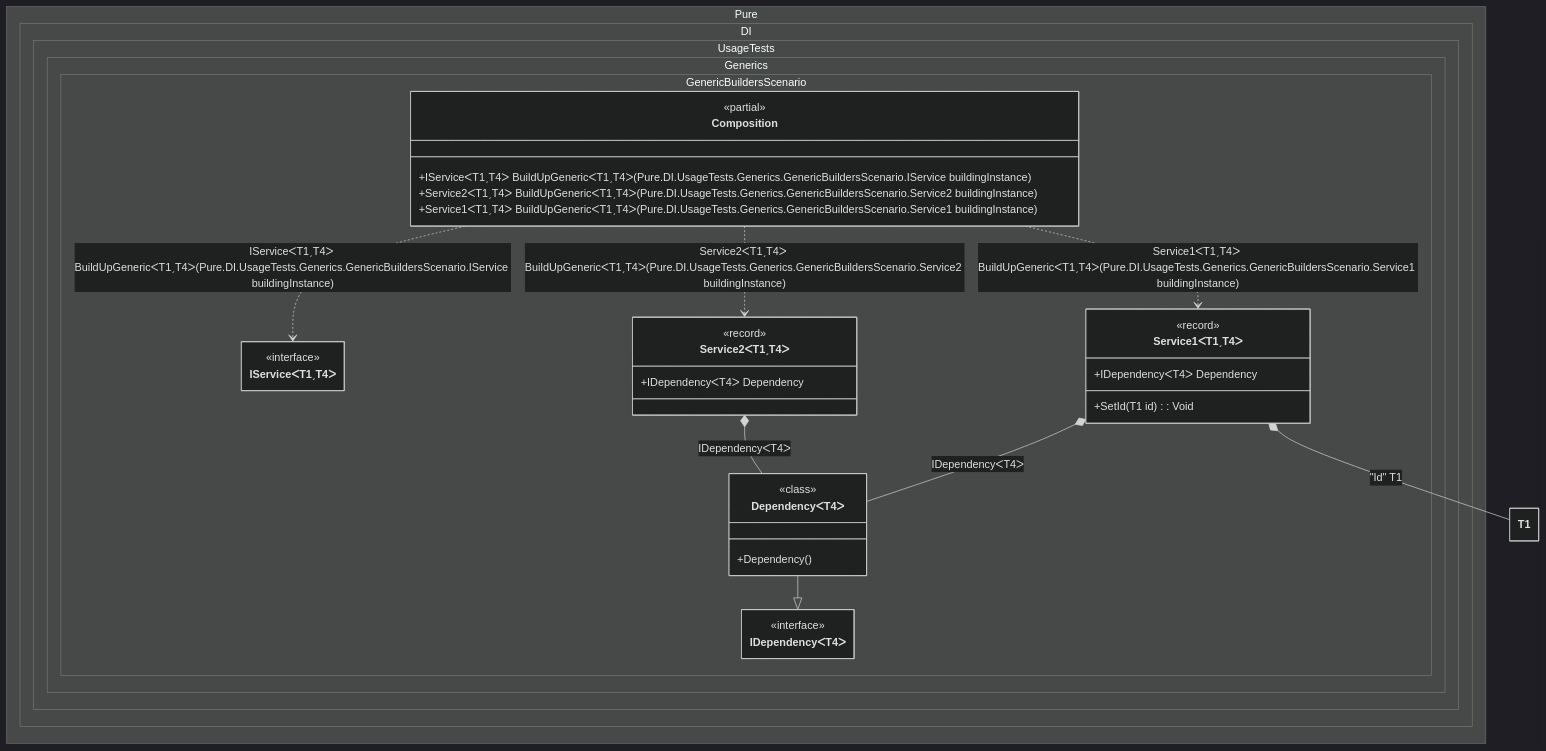
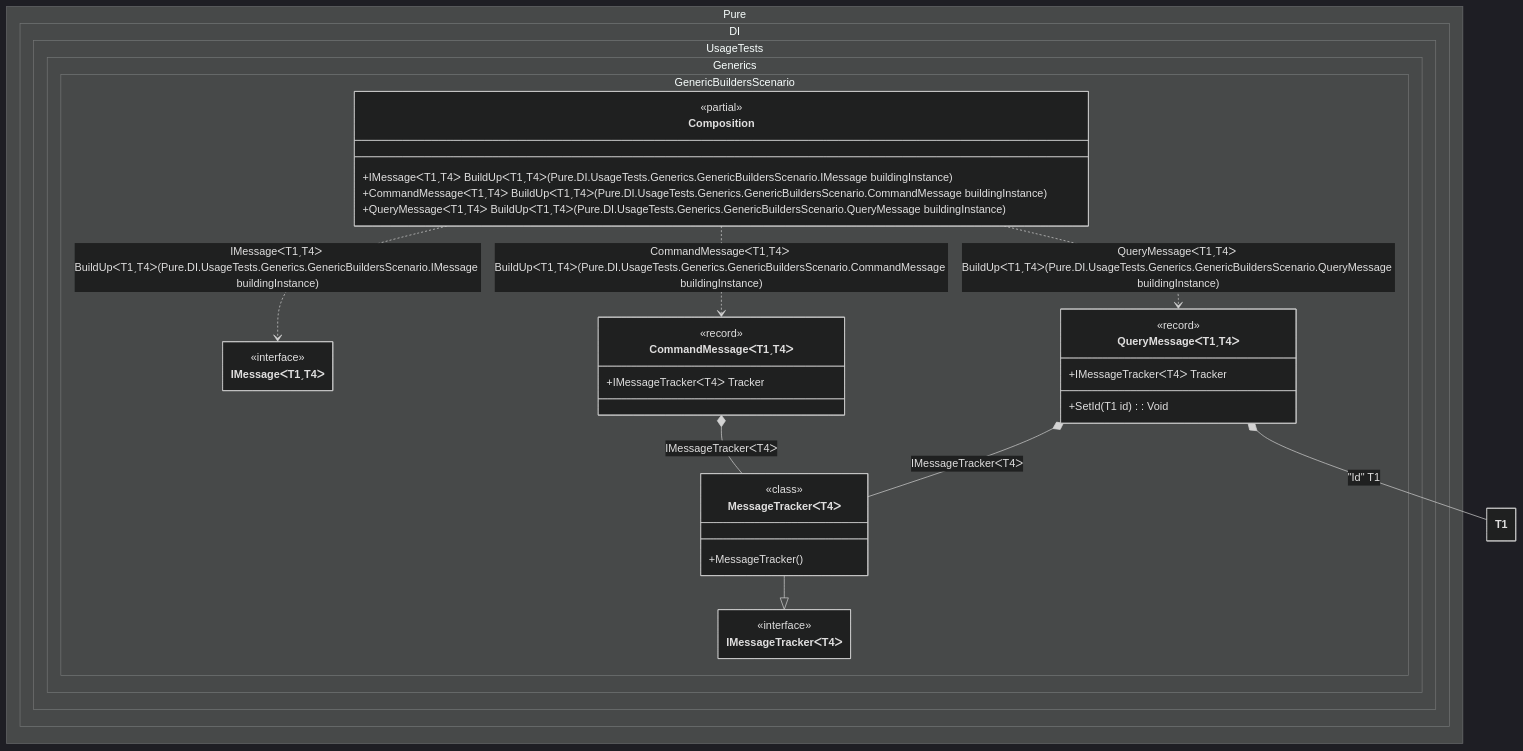
Before and after one commit to DevTeam/Pure.DI: the diagram in readme/generic-builders.md, drawn with Mermaid (dark theme). The commit also changed other lines of this file and 126 other files, not shown here.

````diff
--- a/readme/generic-builders.md
+++ b/readme/generic-builders.md
@@ -180,44 +192,44 @@
 ```mermaid
 ---
  config:
   maxTextSize: 2147483647
   maxEdges: 2147483647
   class:
    hideEmptyMembersBox: true
 ---
 classDiagram
-	DependencyᐸT4ᐳ --|> IDependencyᐸT4ᐳ
-	Composition ..> IServiceᐸT1ˏT4ᐳ : IServiceᐸT1ˏT4ᐳ BuildUpGenericᐸT1ˏT4ᐳ(Pure.DI.UsageTests.Generics.GenericBuildersScenario.IService<T1, T4> buildingInstance)
-	Composition ..> Service2ᐸT1ˏT4ᐳ : Service2ᐸT1ˏT4ᐳ BuildUpGenericᐸT1ˏT4ᐳ(Pure.DI.UsageTests.Generics.GenericBuildersScenario.Service2<T1, T4> buildingInstance)
-	Composition ..> Service1ᐸT1ˏT4ᐳ : Service1ᐸT1ˏT4ᐳ BuildUpGenericᐸT1ˏT4ᐳ(Pure.DI.UsageTests.Generics.GenericBuildersScenario.Service1<T1, T4> buildingInstance)
-	Service2ᐸT1ˏT4ᐳ *--  DependencyᐸT4ᐳ : IDependencyᐸT4ᐳ
-	Service1ᐸT1ˏT4ᐳ *--  DependencyᐸT4ᐳ : IDependencyᐸT4ᐳ
-	Service1ᐸT1ˏT4ᐳ *--  T1 : "Id"  T1
+	MessageTrackerᐸT4ᐳ --|> IMessageTrackerᐸT4ᐳ
+	Composition ..> IMessageᐸT1ˏT4ᐳ : IMessageᐸT1ˏT4ᐳ BuildUpᐸT1ˏT4ᐳ(Pure.DI.UsageTests.Generics.GenericBuildersScenario.IMessage<T1, T4> buildingInstance)
+	Composition ..> CommandMessageᐸT1ˏT4ᐳ : CommandMessageᐸT1ˏT4ᐳ BuildUpᐸT1ˏT4ᐳ(Pure.DI.UsageTests.Generics.GenericBuildersScenario.CommandMessage<T1, T4> buildingInstance)
+	Composition ..> QueryMessageᐸT1ˏT4ᐳ : QueryMessageᐸT1ˏT4ᐳ BuildUpᐸT1ˏT4ᐳ(Pure.DI.UsageTests.Generics.GenericBuildersScenario.QueryMessage<T1, T4> buildingInstance)
+	CommandMessageᐸT1ˏT4ᐳ *--  MessageTrackerᐸT4ᐳ : IMessageTrackerᐸT4ᐳ
+	QueryMessageᐸT1ˏT4ᐳ *--  MessageTrackerᐸT4ᐳ : IMessageTrackerᐸT4ᐳ
+	QueryMessageᐸT1ˏT4ᐳ *--  T1 : "Id"  T1
 	namespace Pure.DI.UsageTests.Generics.GenericBuildersScenario {
+		class CommandMessageᐸT1ˏT4ᐳ {
+				<<record>>
+			+IMessageTrackerᐸT4ᐳ Tracker
+		}
 		class Composition {
 		<<partial>>
-		+IServiceᐸT1ˏT4ᐳ BuildUpGenericᐸT1ˏT4ᐳ(Pure.DI.UsageTests.Generics.GenericBuildersScenario.IService<T1, T4> buildingInstance)
-		+Service2ᐸT1ˏT4ᐳ BuildUpGenericᐸT1ˏT4ᐳ(Pure.DI.UsageTests.Generics.GenericBuildersScenario.Service2<T1, T4> buildingInstance)
-		+Service1ᐸT1ˏT4ᐳ BuildUpGenericᐸT1ˏT4ᐳ(Pure.DI.UsageTests.Generics.GenericBuildersScenario.Service1<T1, T4> buildingInstance)
+		+IMessageᐸT1ˏT4ᐳ BuildUpᐸT1ˏT4ᐳ(Pure.DI.UsageTests.Generics.GenericBuildersScenario.IMessage<T1, T4> buildingInstance)
+		+CommandMessageᐸT1ˏT4ᐳ BuildUpᐸT1ˏT4ᐳ(Pure.DI.UsageTests.Generics.GenericBuildersScenario.CommandMessage<T1, T4> buildingInstance)
+		+QueryMessageᐸT1ˏT4ᐳ BuildUpᐸT1ˏT4ᐳ(Pure.DI.UsageTests.Generics.GenericBuildersScenario.QueryMessage<T1, T4> buildingInstance)
 		}
-		class DependencyᐸT4ᐳ {
-				<<class>>
-			+Dependency()
-		}
-		class IDependencyᐸT4ᐳ {
+		class IMessageTrackerᐸT4ᐳ {
 			<<interface>>
 		}
-		class IServiceᐸT1ˏT4ᐳ {
+		class IMessageᐸT1ˏT4ᐳ {
 				<<interface>>
 		}
-		class Service1ᐸT1ˏT4ᐳ {
+		class MessageTrackerᐸT4ᐳ {
+				<<class>>
+			+MessageTracker()
+		}
+		class QueryMessageᐸT1ˏT4ᐳ {
 				<<record>>
-			+IDependencyᐸT4ᐳ Dependency
+			+IMessageTrackerᐸT4ᐳ Tracker
 			+SetId(T1 id) : Void
-		}
-		class Service2ᐸT1ˏT4ᐳ {
-				<<record>>
-			+IDependencyᐸT4ᐳ Dependency
 		}
 	}
 ```
````
